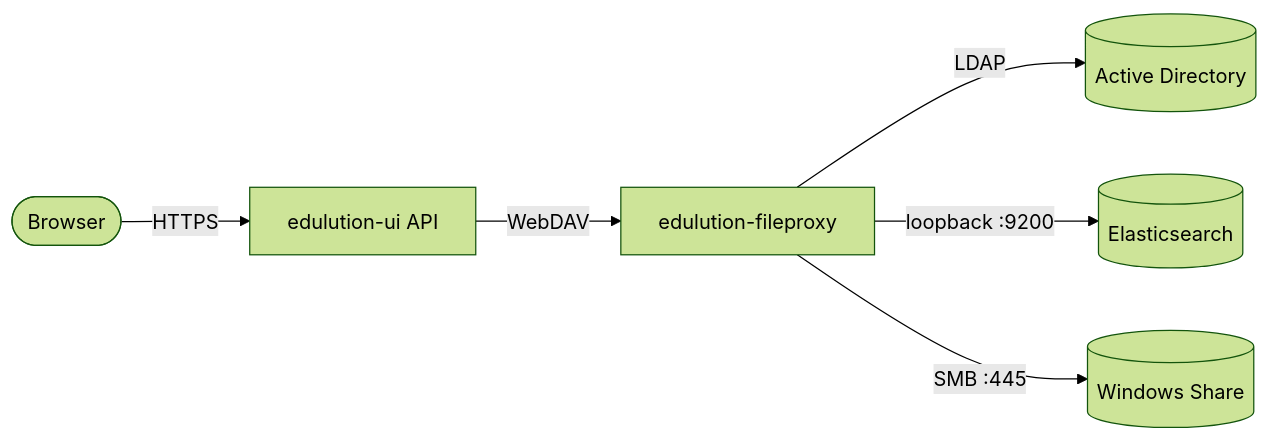
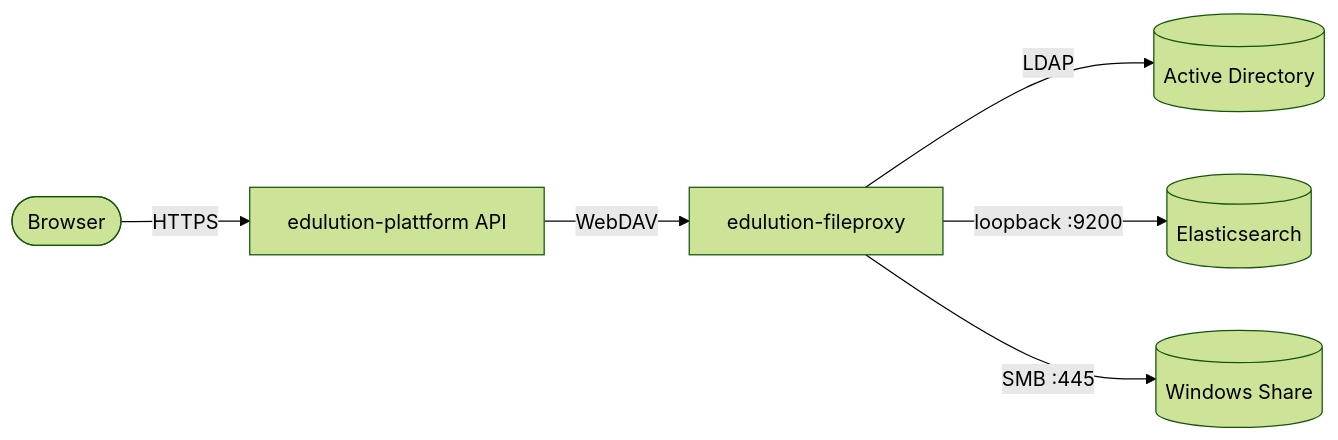
The diagram in docs/edulution-fileproxy/wiki-infrastruktur.md (edulution-io/edulution-docs), drawn with Mermaid (forest theme) before and after one commit. The commit also changed other lines of this file and 37 other files, not shown here.

Commit message:
docs/rename-edulution-ui-to-edulution-plattform

````diff
--- a/docs/edulution-fileproxy/wiki-infrastruktur.md
+++ b/docs/edulution-fileproxy/wiki-infrastruktur.md
@@ -17,15 +17,15 @@
 ```mermaid
 flowchart LR
     Browser([Browser])
-    UI[edulution-ui API]
+    UI[edulution-plattform API]
     FP[edulution-fileproxy]
     AD[(Active Directory)]
     ES[(Elasticsearch)]
     SMB[(Windows Share)]
 
     Browser -- HTTPS --> UI
     UI -- WebDAV --> FP
     FP -- LDAP --> AD
     FP -- "loopback :9200" --> ES
     FP -- "SMB :445" --> SMB
 ```
````
